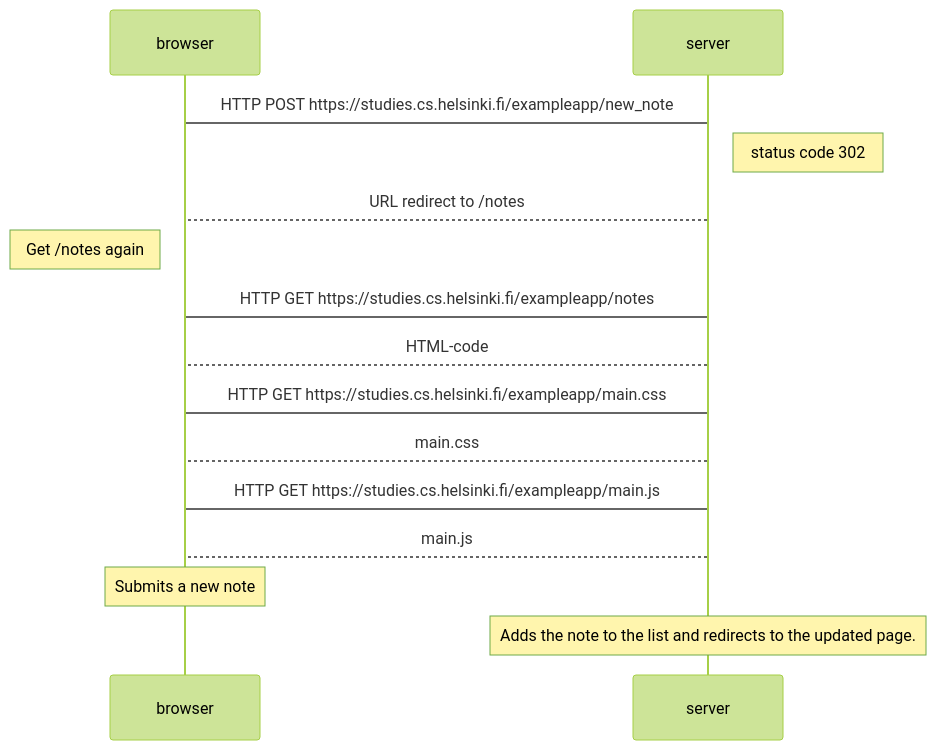
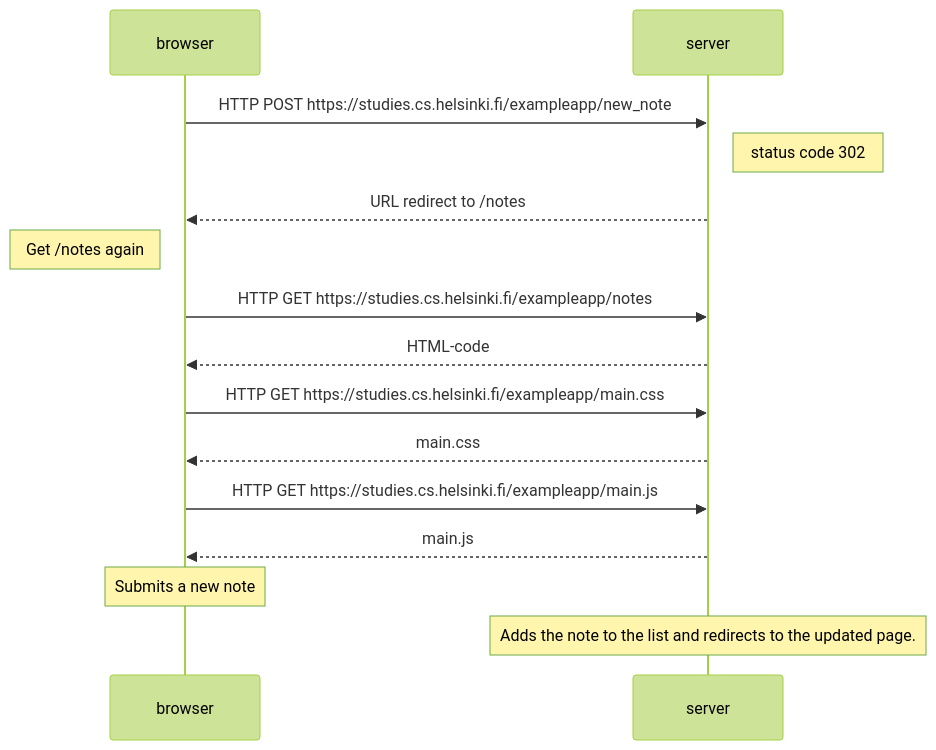
Before and after one commit to lydiadunning/FSO: the diagram in ex0_4.md, drawn with Mermaid (forest theme).

````diff
--- a/ex0_4.md
+++ b/ex0_4.md
@@ -5,17 +5,17 @@
 ```mermaid
 sequenceDiagram
-browser->server: HTTP POST https://studies.cs.helsinki.fi/exampleapp/new_note
+browser->>server: HTTP POST https://studies.cs.helsinki.fi/exampleapp/new_note
 Note right of server: status code 302 
-server-->browser: URL redirect to /notes
+server-->>browser: URL redirect to /notes
 Note left of browser: Get /notes again
-browser->server: HTTP GET https://studies.cs.helsinki.fi/exampleapp/notes
-server-->browser: HTML-code
-browser->server: HTTP GET https://studies.cs.helsinki.fi/exampleapp/main.css
-server-->browser: main.css
-browser->server: HTTP GET https://studies.cs.helsinki.fi/exampleapp/main.js
-server-->browser: main.js
+browser->>server: HTTP GET https://studies.cs.helsinki.fi/exampleapp/notes
+server-->>browser: HTML-code
+browser->>server: HTTP GET https://studies.cs.helsinki.fi/exampleapp/main.css
+server-->>browser: main.css
+browser->>server: HTTP GET https://studies.cs.helsinki.fi/exampleapp/main.js
+server-->>browser: main.js
 Note over browser: Submits a new note
 Note over server: Adds the note to the list and redirects to the updated page.
 
 
 ```
````
